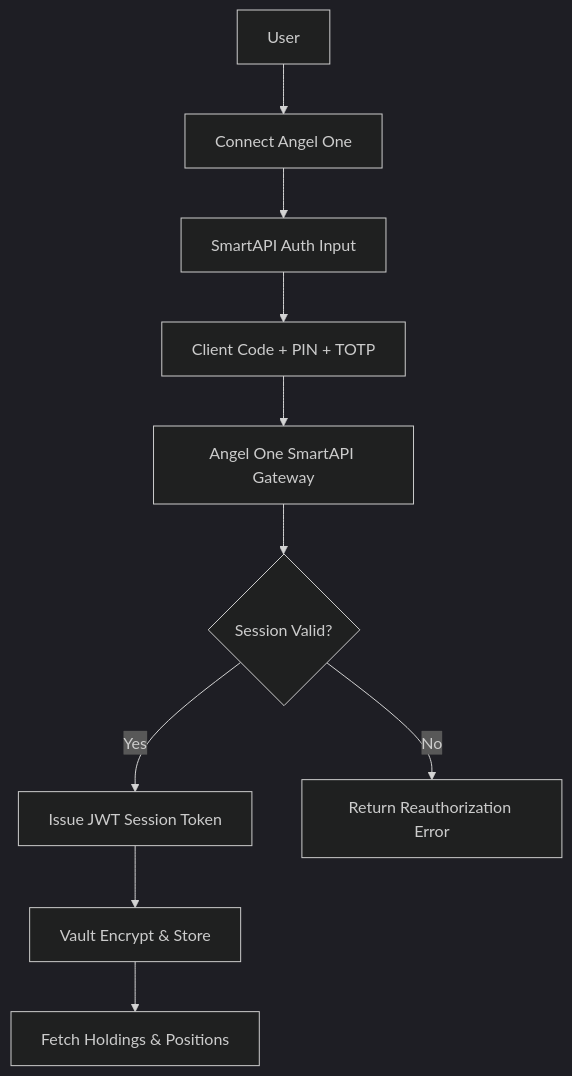
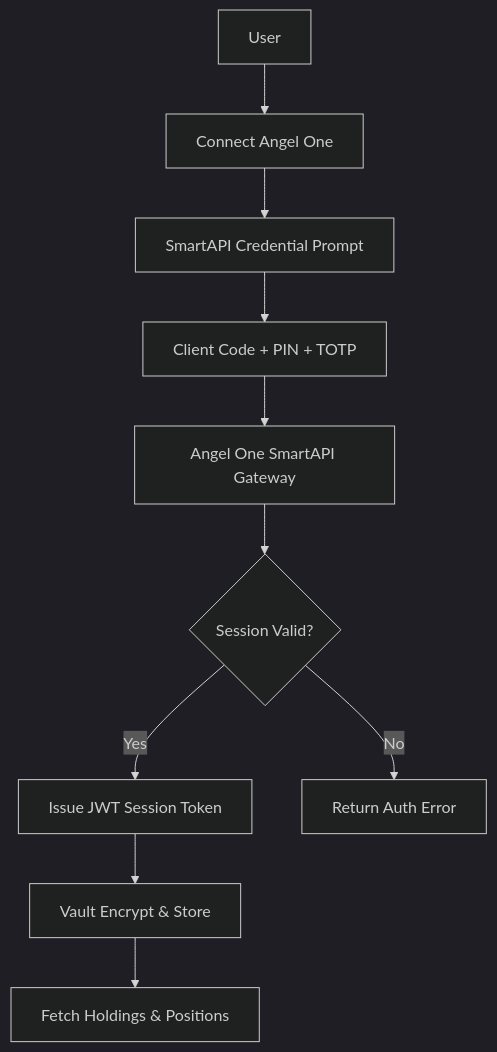
The sixth of 12 diagrams in README.md (abhivardhan20-coder/FillEx), drawn with Mermaid (dark theme) before and after one commit. The commit also changed other lines of this file, not shown here.

````diff
--- a/README.md
+++ b/README.md
@@ -336,12 +386,12 @@
 ```mermaid
 flowchart TD
     A[User] --> B[Connect Angel One]
-    B --> C[SmartAPI Auth Input]
+    B --> C[SmartAPI Credential Prompt]
     C --> D[Client Code + PIN + TOTP]
     D --> E[Angel One SmartAPI Gateway]
     E --> F{Session Valid?}
     F -->|Yes| G[Issue JWT Session Token]
-    F -->|No| H[Return Reauthorization Error]
+    F -->|No| H[Return Auth Error]
     G --> I[Vault Encrypt & Store]
     I --> J[Fetch Holdings & Positions]
 ```
````
